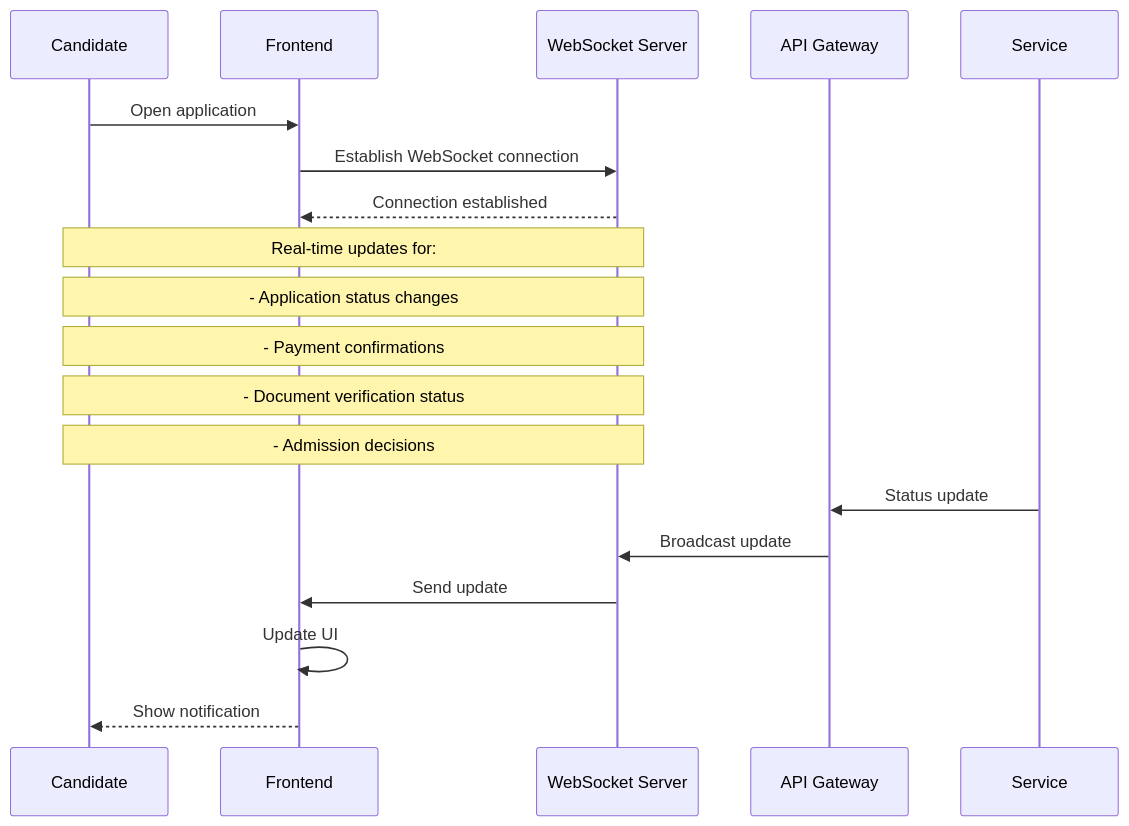
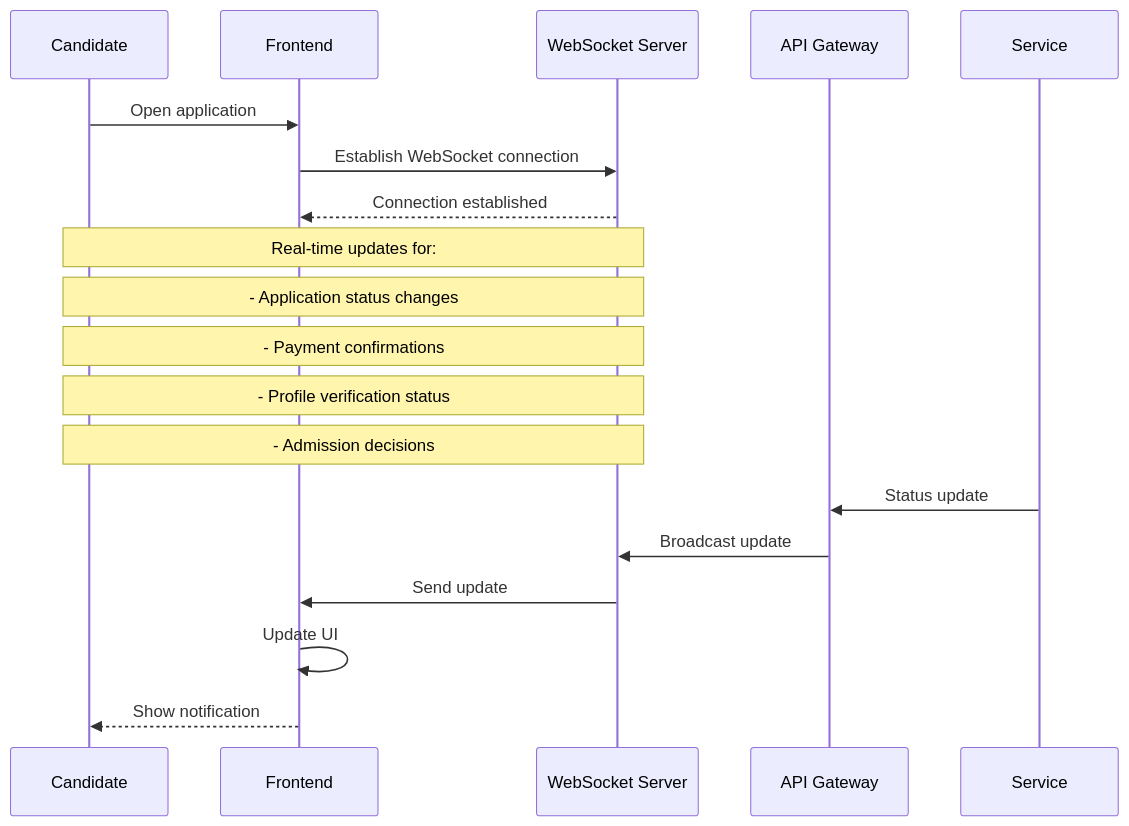
Diagram 19 of 19 in docs/sequence-diagrams.md (sbikelly/fuep_api), drawn with Mermaid before and after one commit. The commit also changed other lines of this file and 60 other files, not shown here.

````diff
--- a/docs/sequence-diagrams.md
+++ b/docs/sequence-diagrams.md
@@ -782,24 +738,24 @@
 ```mermaid
 sequenceDiagram
     participant C as Candidate
     participant F as Frontend
     participant WS as WebSocket Server
     participant A as API Gateway
     participant S as Service
 
     C->>F: Open application
     F->>WS: Establish WebSocket connection
     WS-->>F: Connection established
 
     Note over C,WS: Real-time updates for:
     Note over C,WS: - Application status changes
     Note over C,WS: - Payment confirmations
-    Note over C,WS: - Document verification status
+    Note over C,WS: - Profile verification status
     Note over C,WS: - Admission decisions
 
     S->>A: Status update
     A->>WS: Broadcast update
     WS->>F: Send update
     F->>F: Update UI
     F-->>C: Show notification
 ```
````
